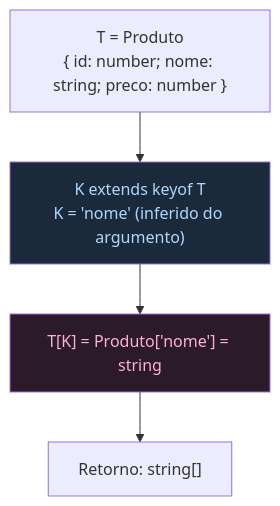
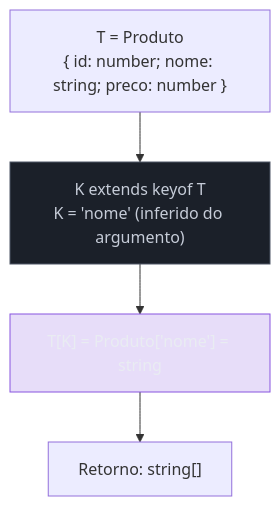
Before and after one commit to josenaldo/codex-technomanticus: the second of 5 diagrams in 03-Dominios/Tecnologia/TypeScript/11 - Generics - funções e constraints.md, drawn with Mermaid. The commit also changed other lines of this file and 1181 other files, not shown here.

First line of the commit message:
fix(diagramas): paleta do sistema no lugar de cor cravada no markdown

````diff
--- a/03-Dominios/Tecnologia/TypeScript/11 - Generics - funções e constraints.md
+++ b/03-Dominios/Tecnologia/TypeScript/11 - Generics - funções e constraints.md
@@ -166,12 +168,14 @@
 ```mermaid
 flowchart TD
+    classDef neutro fill:#1B2029,stroke:#4E5666,color:#C6CCD8
+    classDef marca fill:#8855DF33,stroke:#8855DF,color:#E9ECF2
     T["T = Produto\n{ id: number; nome: string; preco: number }"]
     K["K extends keyof T\nK = 'nome' (inferido do argumento)"]
     TK["T[K] = Produto['nome'] = string"]
     RET["Retorno: string[]"]
 
     T --> K --> TK --> RET
 
-    style K fill:#1a2a3a,color:#afd8ff
-    style TK fill:#2a1a2a,color:#ffafd8
+    class K neutro
+    class TK marca
 ```
````
